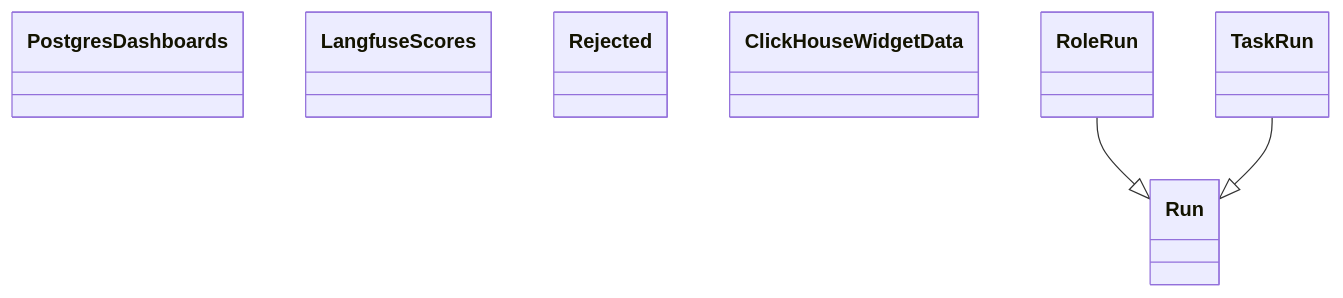
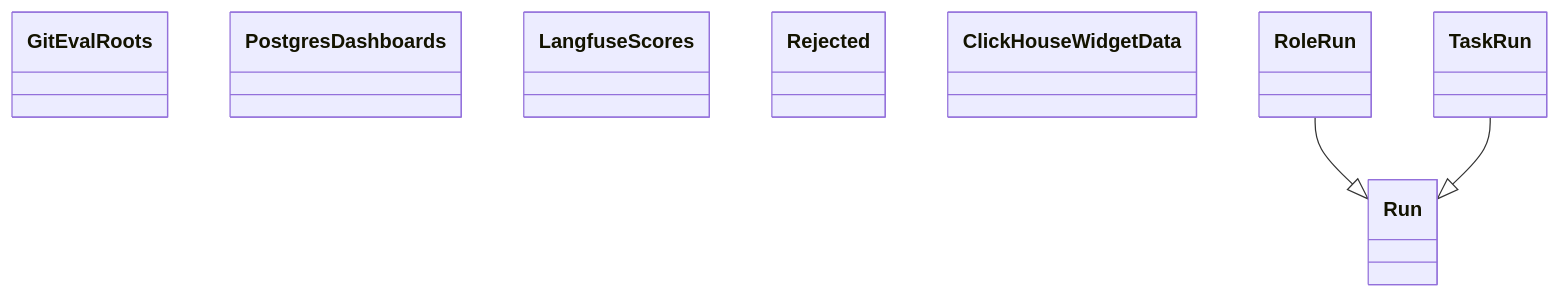
Before and after one commit to GonzaloZevallos/agentic-system: the diagram in docs/architecture/generated/classes-measurement-adapters-all.md, drawn with Mermaid. The commit also changed 4 other files, not shown here.

````diff
--- a/docs/architecture/generated/classes-measurement-adapters-all.md
+++ b/docs/architecture/generated/classes-measurement-adapters-all.md
@@ -5,12 +5,13 @@
 ```mermaid
 classDiagram
+    class git__eval_roots__GitEvalRoots["GitEvalRoots"]
     class langfuse__dashboards__PostgresDashboards["PostgresDashboards"]
     class langfuse__scores__LangfuseScores["LangfuseScores"]
     class langfuse__scores__Rejected["Rejected"]
     class langfuse__widget_data__ClickHouseWidgetData["ClickHouseWidgetData"]
     class otel__telemetry__RoleRun["RoleRun"]
     class otel__telemetry__Run["Run"]
     class otel__telemetry__TaskRun["TaskRun"]
     otel__telemetry__RoleRun --|> otel__telemetry__Run
     otel__telemetry__TaskRun --|> otel__telemetry__Run
 ```
````
